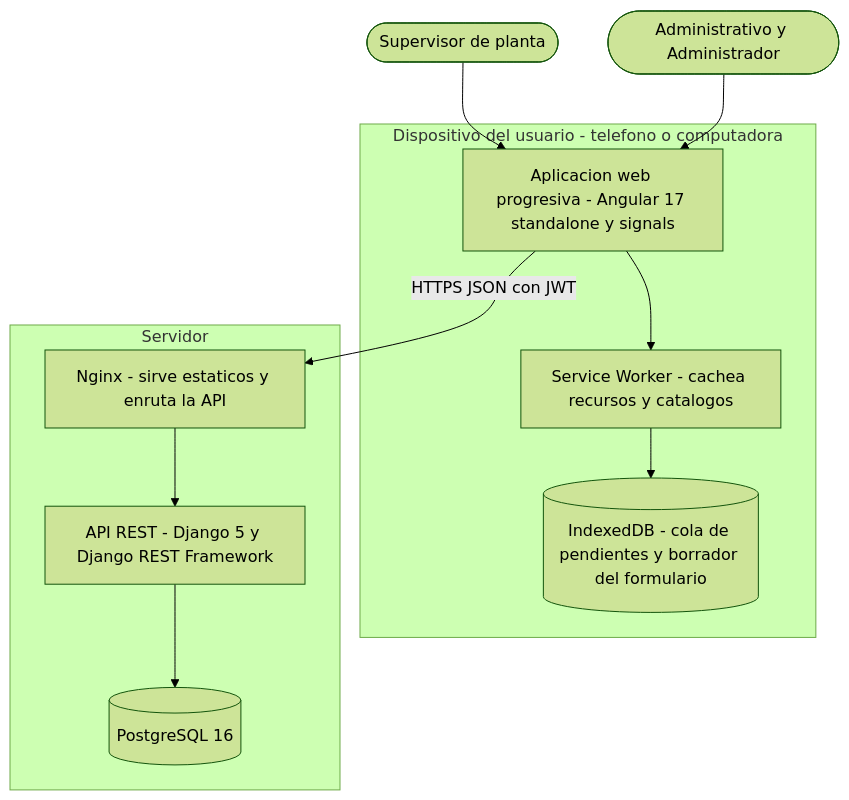
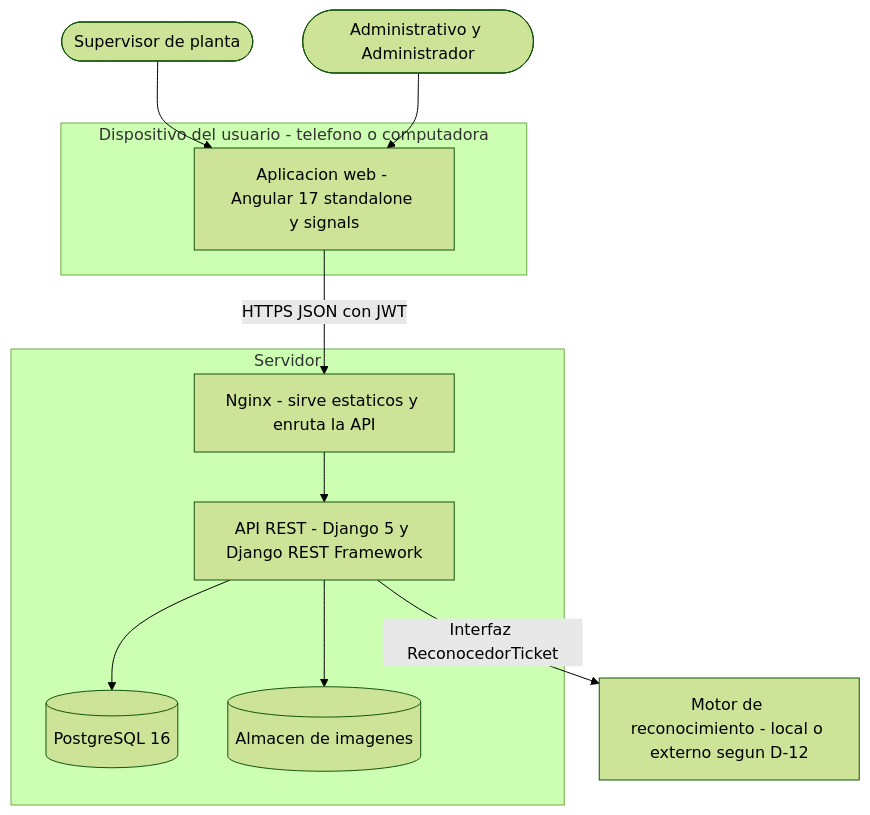
One commit to adlerOmonte1/LogisticaMinera changed the second of 7 diagrams in docs/model-c4/ARQ-03_Modelo_C4.md. Above: the diagram before and after it, drawn with Mermaid (forest theme). The commit also changed other lines of this file, not shown here.

First line of the commit message:
docs(arquitectura): ARQ-03 Modelo C4 del sistema inteligente

````diff
--- a/docs/model-c4/ARQ-03_Modelo_C4.md
+++ b/docs/model-c4/ARQ-03_Modelo_C4.md
@@ -83,25 +89,26 @@
 ```mermaid
 flowchart TB
     SUP(["Supervisor de planta"])
     ADV(["Administrativo y Administrador"])
 
-    subgraph Dispositivo["Dispositivo del usuario - telefono o computadora"]
-        PWA["Aplicacion web progresiva - Angular 17 standalone y signals"]
-        SW["Service Worker - cachea recursos y catalogos"]
-        IDB[("IndexedDB - cola de pendientes y borrador del formulario")]
+    subgraph Cliente["Dispositivo del usuario - telefono o computadora"]
+        NG["Aplicacion web - Angular 17 standalone y signals"]
     end
 
     subgraph Servidor["Servidor"]
         NGX["Nginx - sirve estaticos y enruta la API"]
         API["API REST - Django 5 y Django REST Framework"]
         DB[("PostgreSQL 16")]
+        IMG[("Almacen de imagenes")]
     end
 
-    SUP --> PWA
-    ADV --> PWA
-    PWA --> SW
-    SW --> IDB
-    PWA -->|HTTPS JSON con JWT| NGX
+    MOT["Motor de reconocimiento - local o externo segun D-12"]
+
+    SUP --> NG
+    ADV --> NG
+    NG -->|HTTPS JSON con JWT| NGX
     NGX --> API
     API --> DB
+    API --> IMG
+    API -->|Interfaz ReconocedorTicket| MOT
 ```
````
